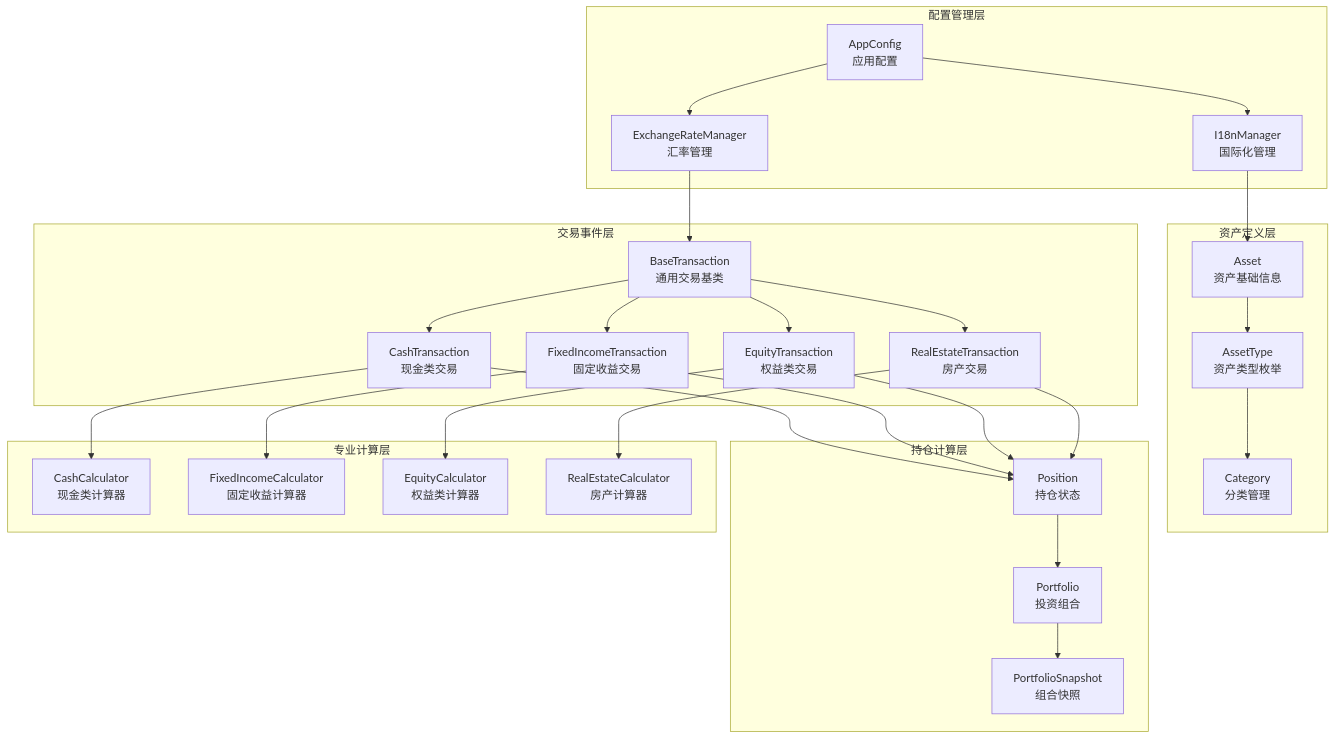
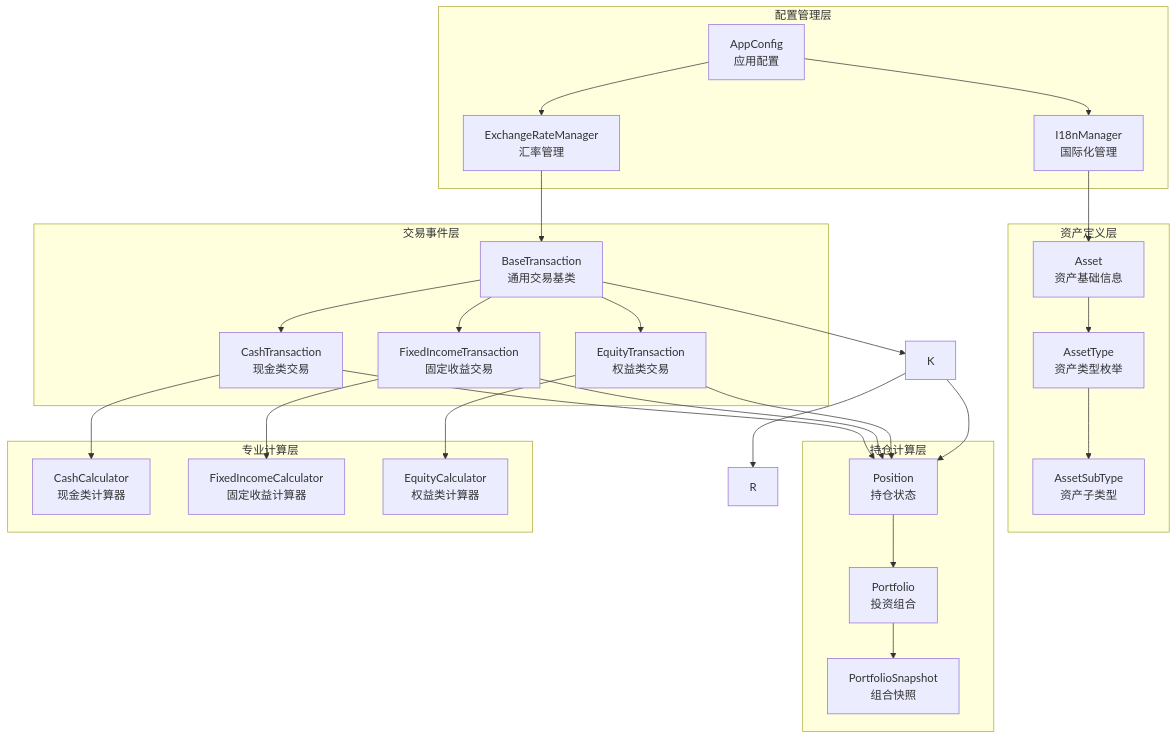
The first of 3 diagrams in docs/design/backend/data_model_relationships.md (thalesluoyx/wealth_lite), drawn with Mermaid before and after one commit. The commit also changed other lines of this file and 33 other files, not shown here.

````diff
--- a/docs/design/backend/data_model_relationships.md
+++ b/docs/design/backend/data_model_relationships.md
@@ -22,56 +22,56 @@
 ```mermaid
 graph TB
     subgraph "配置管理层"
         A[AppConfig<br/>应用配置]
         B[I18nManager<br/>国际化管理]
         C[ExchangeRateManager<br/>汇率管理]
     end
     
     subgraph "资产定义层"
         D[Asset<br/>资产基础信息]
         E[AssetType<br/>资产类型枚举]
-        F[Category<br/>分类管理]
+        F[AssetSubType<br/>资产子类型]
     end
     
     subgraph "交易事件层"
         G[BaseTransaction<br/>通用交易基类]
         H[CashTransaction<br/>现金类交易]
         I[FixedIncomeTransaction<br/>固定收益交易]
         J[EquityTransaction<br/>权益类交易]
-        K[RealEstateTransaction<br/>房产交易]
+
     end
     
     subgraph "持仓计算层"
         L[Position<br/>持仓状态]
         M[Portfolio<br/>投资组合]
         N[PortfolioSnapshot<br/>组合快照]
     end
     
     subgraph "专业计算层"
         O[CashCalculator<br/>现金类计算器]
         P[FixedIncomeCalculator<br/>固定收益计算器]
         Q[EquityCalculator<br/>权益类计算器]
-        R[RealEstateCalculator<br/>房产计算器]
+
     end
     
     A --> C
     A --> B
     B --> D
     C --> G
     D --> E
     E --> F
     G --> H
     G --> I
     G --> J
     G --> K
     H --> L
     I --> L
     J --> L
     K --> L
     L --> M
     M --> N
     H --> O
     I --> P
     J --> Q
     K --> R
 ```
````
